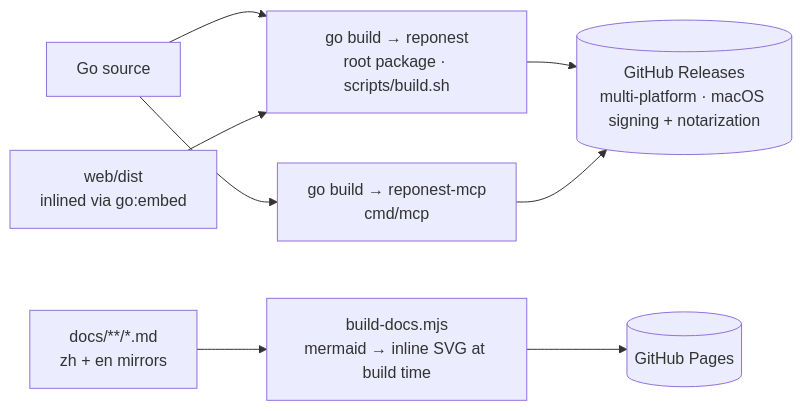
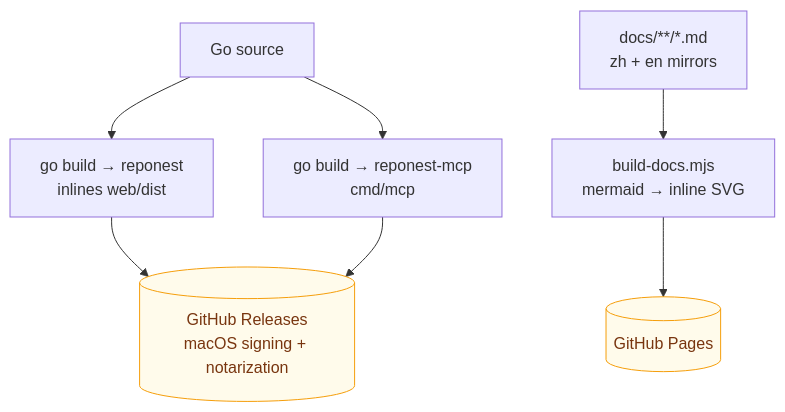
One commit to sky-jiangcheng/RepoNest changed the fourth of 4 diagrams in docs/en/architecture.md. Above: the diagram before and after it, drawn with Mermaid. The commit also changed other lines of this file and 14 other files, not shown here.

First line of the commit message:
docs(diagrams): 全站 mermaid 图重构 — 告别'宽扁香肠'布局

````diff
--- a/docs/en/architecture.md
+++ b/docs/en/architecture.md
@@ -92,10 +97,11 @@
 ```mermaid
-flowchart LR
-    SRC["Go source"] --> B1["go build → reponest<br/>root package · scripts/build.sh"]
+flowchart TB
+    SRC["Go source"] --> B1["go build → reponest<br/>inlines web/dist"]
     SRC --> B2["go build → reponest-mcp<br/>cmd/mcp"]
-    WEB["web/dist<br/>inlined via go:embed"] --> B1
-    MD["docs/**/*.md<br/>zh + en mirrors"] --> B3["build-docs.mjs<br/>mermaid → inline SVG at build time"]
+    B1 --> REL[("GitHub Releases<br/>macOS signing + notarization")]
+    B2 --> REL
+    MD["docs/**/*.md<br/>zh + en mirrors"] --> B3["build-docs.mjs<br/>mermaid → inline SVG"]
     B3 --> PAGES[("GitHub Pages")]
-    B1 --> REL[("GitHub Releases<br/>multi-platform · macOS signing + notarization")]
-    B2 --> REL
+        classDef store fill:#fffbeb,stroke:#f59e0b,color:#78350f
+    class REL,PAGES store
 ```
````
